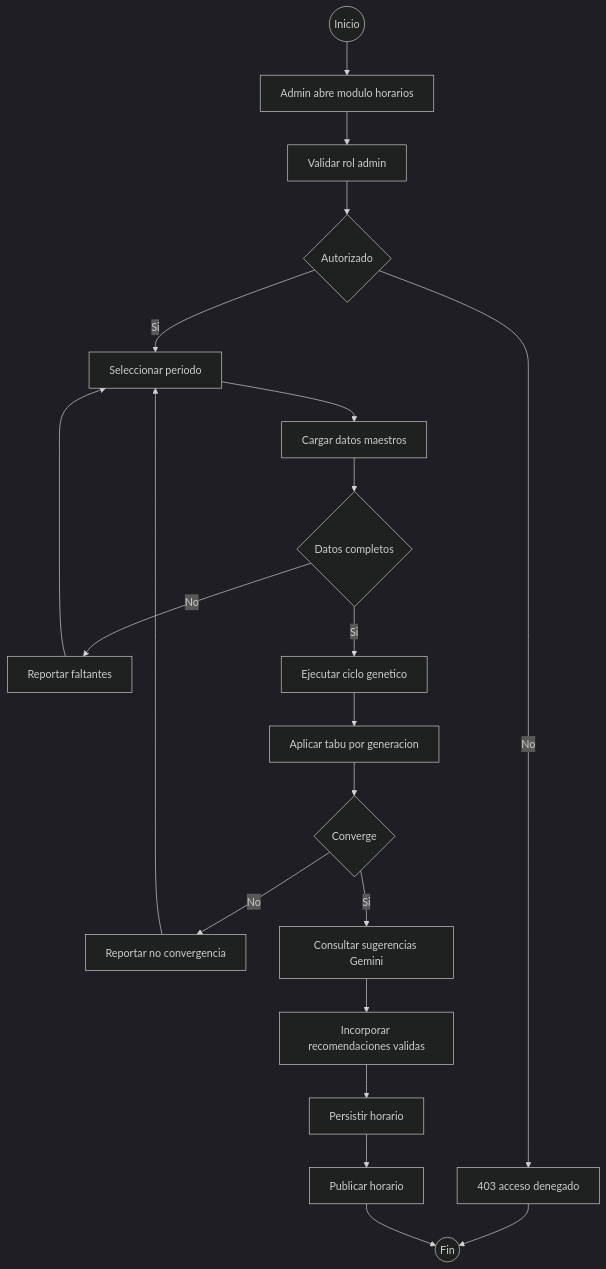
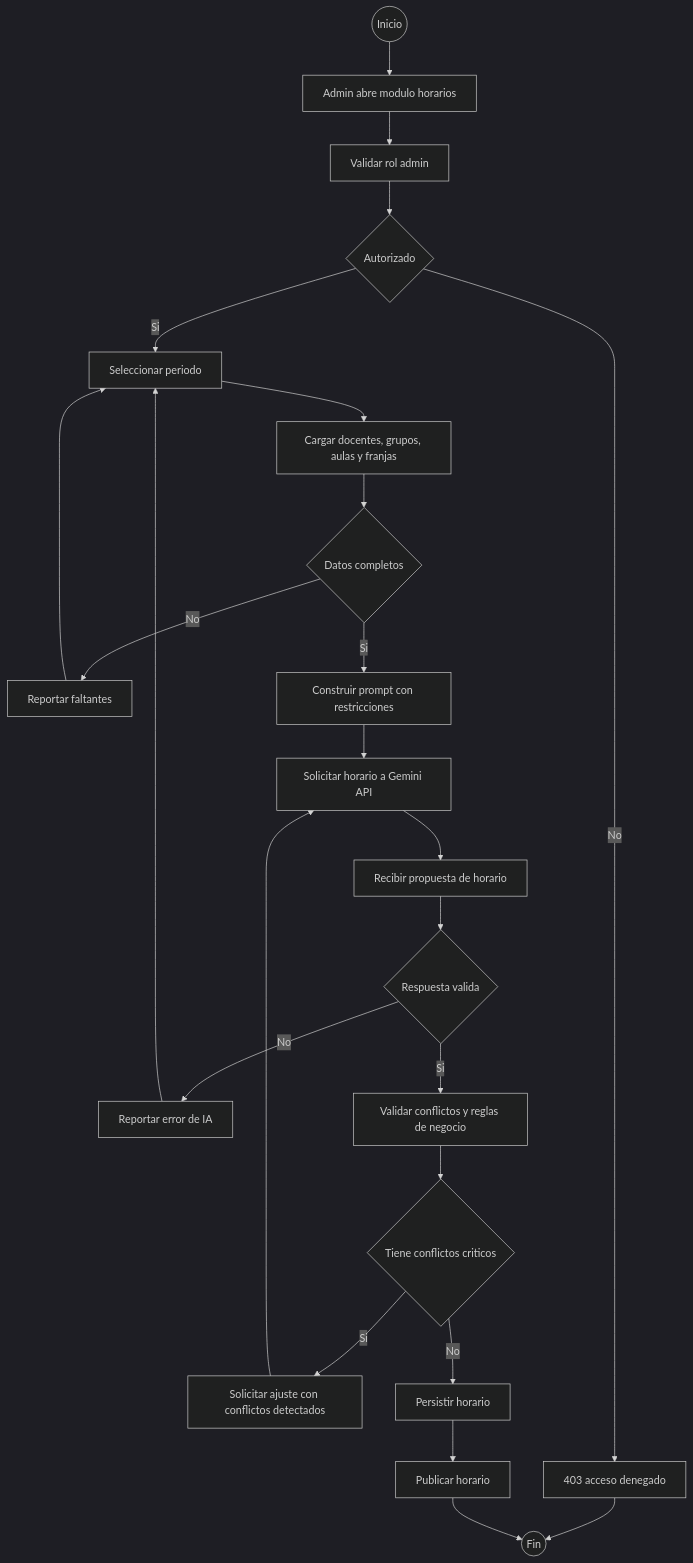
Before and after one commit to Proyecto-grado-ucc/proyectoGrado-server: the diagram in docs/diagramas/06_flujo_generacion_horario.mmd, drawn with Mermaid (dark theme). The commit also changed 20 other files, not shown here.

Commit message:
docs: align IA diagrams with Gemini flow

```diff
--- a/docs/diagramas/06_flujo_generacion_horario.mmd
+++ b/docs/diagramas/06_flujo_generacion_horario.mmd
@@ -1,21 +1,24 @@
 flowchart TD
   A((Inicio)) --> B["Admin abre modulo horarios"]
   B --> C["Validar rol admin"]
   C --> D{"Autorizado"}
   D -- "No" --> E["403 acceso denegado"]
   D -- "Si" --> F["Seleccionar periodo"]
-  F --> G["Cargar datos maestros"]
+  F --> G["Cargar docentes, grupos, aulas y franjas"]
   G --> H{"Datos completos"}
   H -- "No" --> I["Reportar faltantes"]
   I --> F
-  H -- "Si" --> J["Ejecutar ciclo genetico"]
-  J --> K["Aplicar tabu por generacion"]
-  K --> L{"Converge"}
-  L -- "No" --> M["Reportar no convergencia"]
-  M --> F
-  L -- "Si" --> N["Consultar sugerencias Gemini"]
-  N --> O["Incorporar recomendaciones validas"]
-  O --> P["Persistir horario"]
-  P --> Q["Publicar horario"]
+  H -- "Si" --> J["Construir prompt con restricciones"]
+  J --> K["Solicitar horario a Gemini API"]
+  K --> L["Recibir propuesta de horario"]
+  L --> M{"Respuesta valida"}
+  M -- "No" --> N["Reportar error de IA"]
+  N --> F
+  M -- "Si" --> O["Validar conflictos y reglas de negocio"]
+  O --> P{"Tiene conflictos criticos"}
+  P -- "Si" --> Q["Solicitar ajuste con conflictos detectados"]
+  Q --> K
+  P -- "No" --> R["Persistir horario"]
+  R --> S["Publicar horario"]
   E --> Z((Fin))
-  Q --> Z
+  S --> Z
```
